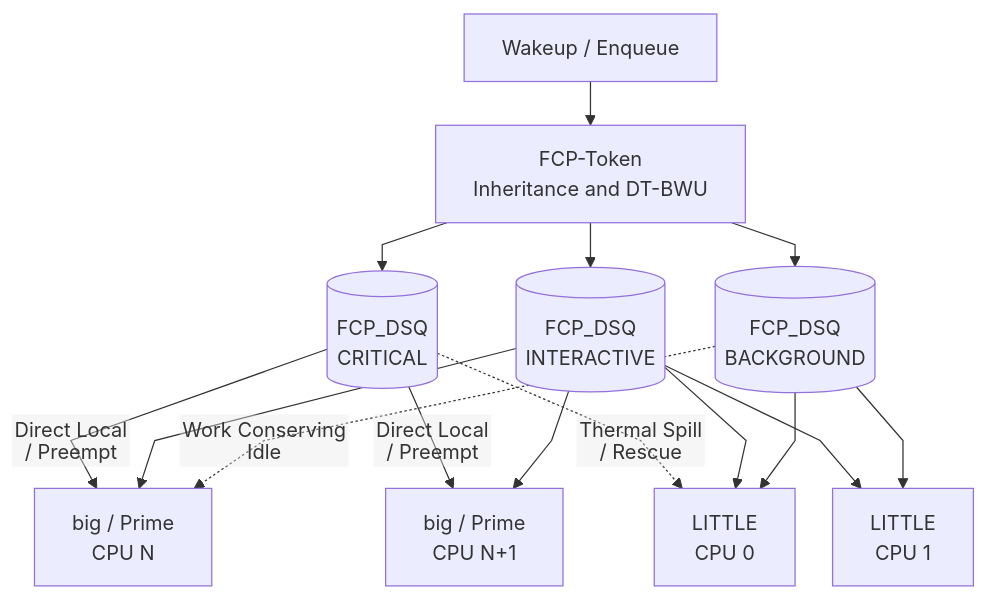
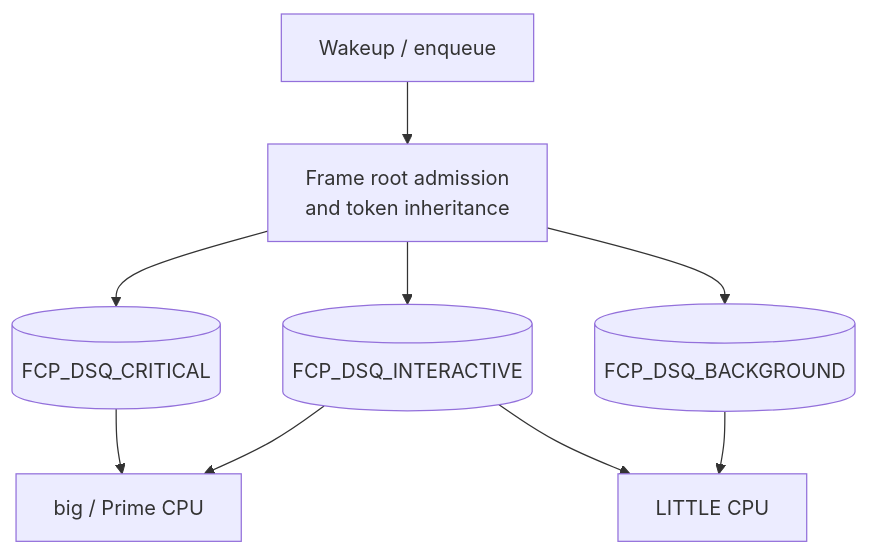
One commit to trieu1162000/scx_fcp changed the diagram in README.md. Above: the diagram before and after it, drawn with Mermaid. The commit also changed other lines of this file, not shown here.

First line of the commit message:
scx_fcp: document frame-context design

````diff
--- a/README.md
+++ b/README.md
@@ -31,22 +33,11 @@
 ```mermaid
-%%{init: {"layout": "dagre", "flowchart": {"htmlLabels": false, "curve": "linear", "nodeSpacing": 20, "rankSpacing": 35}}}%%
 flowchart TD
-    Wakeup["Wakeup / Enqueue"] --> Token["FCP-Token<br/>Inheritance and DT-BWU"]
-
-    Token --> Tier0[("FCP_DSQ<br/>CRITICAL")]
-    Token --> Tier1[("FCP_DSQ<br/>INTERACTIVE")]
-    Token --> Tier2[("FCP_DSQ<br/>BACKGROUND")]
-
-    Tier0 -->|Direct Local<br/>/ Preempt| Big0["big / Prime<br/>CPU N"]
-    Tier0 -->|Direct Local<br/>/ Preempt| Big1["big / Prime<br/>CPU N+1"]
-    Tier0 -.->|Thermal Spill<br/>/ Rescue| Lit0["LITTLE<br/>CPU 0"]
-
-    Tier1 --> Big0
-    Tier1 --> Big1
-    Tier1 --> Lit0
-    Tier1 --> Lit1["LITTLE<br/>CPU 1"]
-
-    Tier2 --> Lit0
-    Tier2 --> Lit1
-    Tier2 -.->|Work Conserving<br/>Idle| Big0
+    Wakeup["Wakeup / enqueue"] --> Token["Frame root admission<br/>and token inheritance"]
+    Token --> Tier0[("FCP_DSQ_CRITICAL")]
+    Token --> Tier1[("FCP_DSQ_INTERACTIVE")]
+    Token --> Tier2[("FCP_DSQ_BACKGROUND")]
+    Tier0 --> Big["big / Prime CPU"]
+    Tier1 --> Big
+    Tier1 --> Little["LITTLE CPU"]
+    Tier2 --> Little
 ```
````
